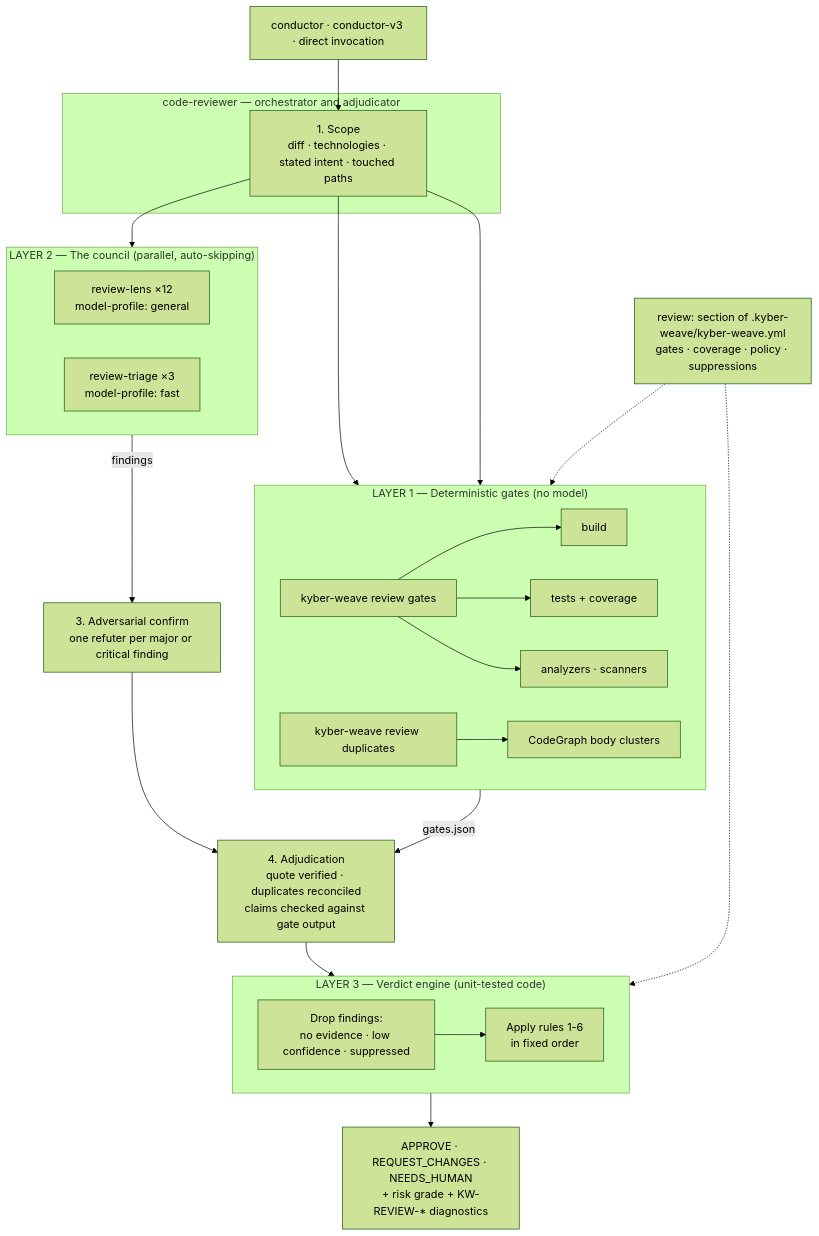
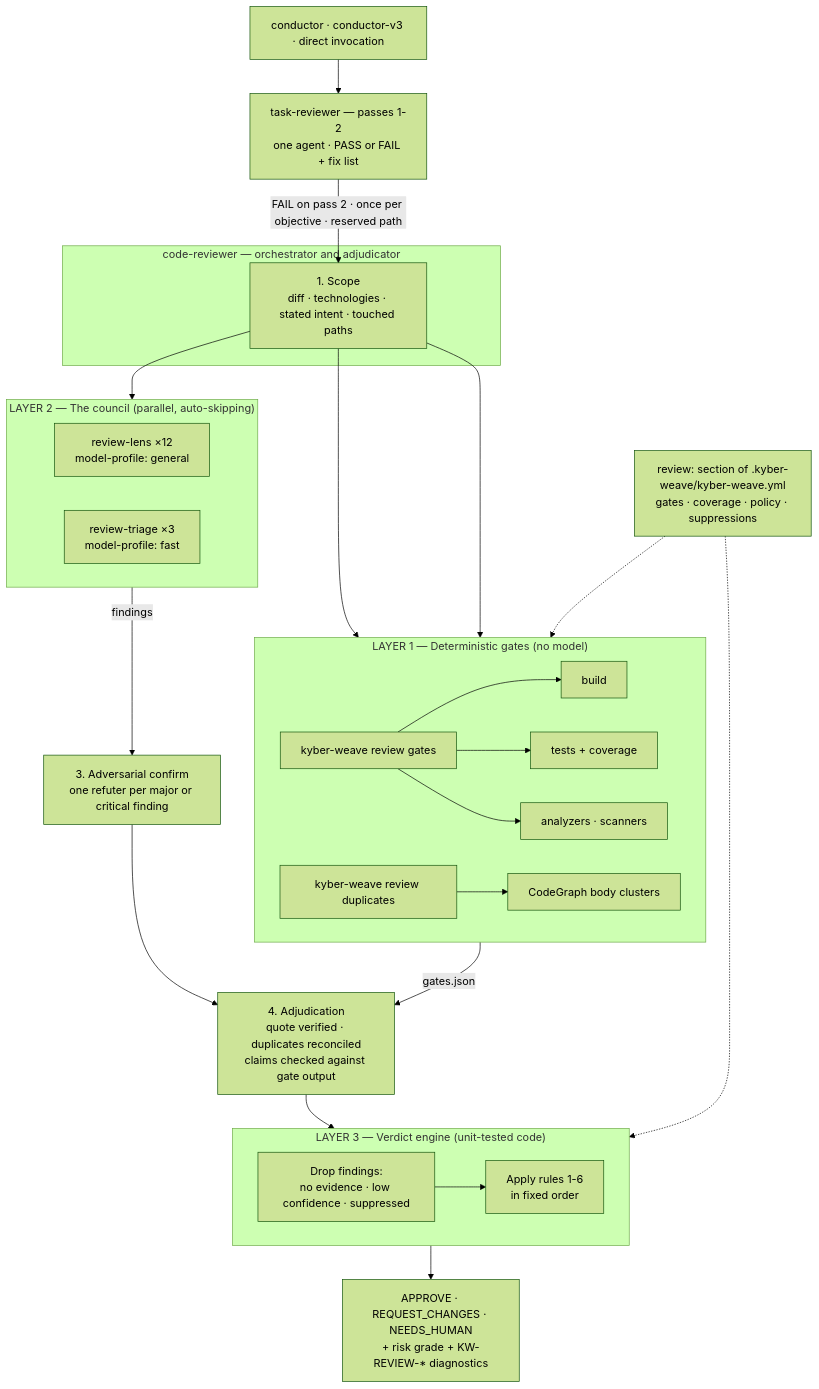
One commit to dpalfery/kyber-weave changed the first of 4 diagrams in docs/code-review/architecture.md. Above: the diagram before and after it, drawn with Mermaid (forest theme). The commit also changed other lines of this file and 35 other files, not shown here.

````diff
--- a/docs/code-review/architecture.md
+++ b/docs/code-review/architecture.md
@@ -39,41 +40,43 @@
 ```mermaid
 flowchart TD
     Cfg["review: section of .kyber-weave/kyber-weave.yml<br/>gates · coverage · policy · suppressions"]
-    Caller["conductor · conductor-v3 · direct invocation"] --> Scope
+    Caller["conductor · conductor-v3 · direct invocation"] --> Ladder
+    Ladder["task-reviewer — passes 1-2<br/>one agent · PASS or FAIL + fix list"]
+    Ladder -->|"FAIL on pass 2 · once per objective · reserved path"| Scope
 
     subgraph CR["code-reviewer — orchestrator and adjudicator"]
         Scope["1. Scope<br/>diff · technologies · stated intent · touched paths"]
     end
 
     Scope --> GR
     Scope --> DG
     Scope --> Council
 
     subgraph Gates["LAYER 1 — Deterministic gates (no model)"]
         direction LR
         GR["kyber-weave review gates"] --> G1["build"] & G2["tests + coverage"] & G3["analyzers · scanners"]
         DG["kyber-weave review duplicates"] --> G4["CodeGraph body clusters"]
     end
 
     subgraph Council["LAYER 2 — The council (parallel, auto-skipping)"]
         direction LR
         RL["review-lens ×12<br/>model-profile: general"]
         RT["review-triage ×3<br/>model-profile: fast"]
     end
 
     Council -->|"findings"| Confirm["3. Adversarial confirm<br/>one refuter per major or critical finding"]
     Confirm --> Adjudicate
     Gates -->|"gates.json"| Adjudicate
 
     Adjudicate["4. Adjudication<br/>quote verified · duplicates reconciled<br/>claims checked against gate output"] --> VE
 
     subgraph VE["LAYER 3 — Verdict engine (unit-tested code)"]
         direction LR
         Drop["Drop findings:<br/>no evidence · low confidence · suppressed"] --> Rules["Apply rules 1-6<br/>in fixed order"]
     end
 
     VE --> Out["APPROVE · REQUEST_CHANGES · NEEDS_HUMAN<br/>+ risk grade + KW-REVIEW-* diagnostics"]
 
     Cfg -.-> Gates
     Cfg -.-> VE
 ```
````
